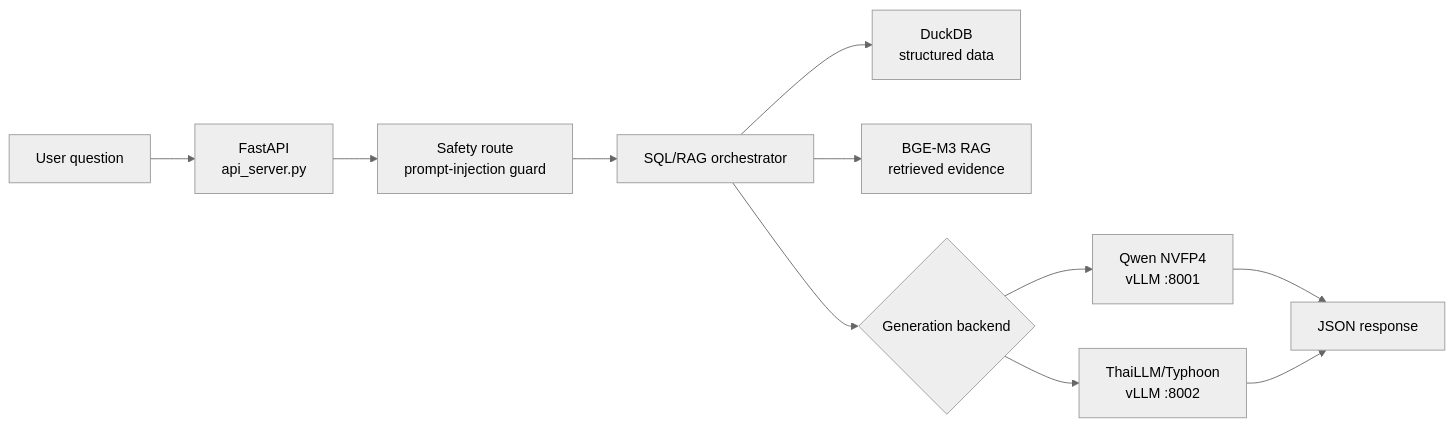
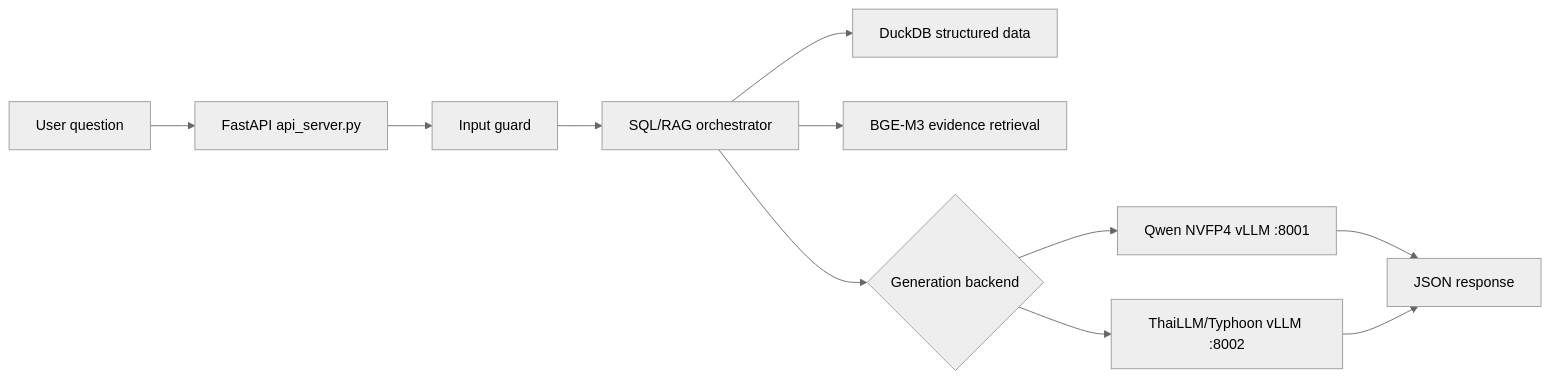
The diagram in README.md (ArmmyC/FahMaiAgent), drawn with Mermaid (neutral theme) before and after one commit. The commit also changed other lines of this file, not shown here.

````diff
--- a/README.md
+++ b/README.md
@@ -32,13 +49,13 @@
 ```mermaid
 flowchart LR
-    User["User question"] --> API["FastAPI\napi_server.py"]
-    API --> Guard["Safety route\nprompt-injection guard"]
-    Guard --> Orchestrator["SQL/RAG orchestrator"]
-    Orchestrator --> DuckDB["DuckDB\nstructured data"]
-    Orchestrator --> RAG["BGE-M3 RAG\nretrieved evidence"]
-    Orchestrator --> LLM{"Generation backend"}
-    LLM --> Qwen["Qwen NVFP4\nvLLM :8001"]
-    LLM --> ThaiLLM["ThaiLLM/Typhoon\nvLLM :8002"]
-    Qwen --> Answer["JSON response"]
-    ThaiLLM --> Answer
+    U["User question"] --> API["FastAPI api_server.py"]
+    API --> Guard["Input guard"]
+    Guard --> ORCH["SQL/RAG orchestrator"]
+    ORCH --> SQL["DuckDB structured data"]
+    ORCH --> RAG["BGE-M3 evidence retrieval"]
+    ORCH --> LLM{"Generation backend"}
+    LLM --> QWEN["Qwen NVFP4 vLLM :8001"]
+    LLM --> TYPHOON["ThaiLLM/Typhoon vLLM :8002"]
+    QWEN --> OUT["JSON response"]
+    TYPHOON --> OUT
 ```
````
